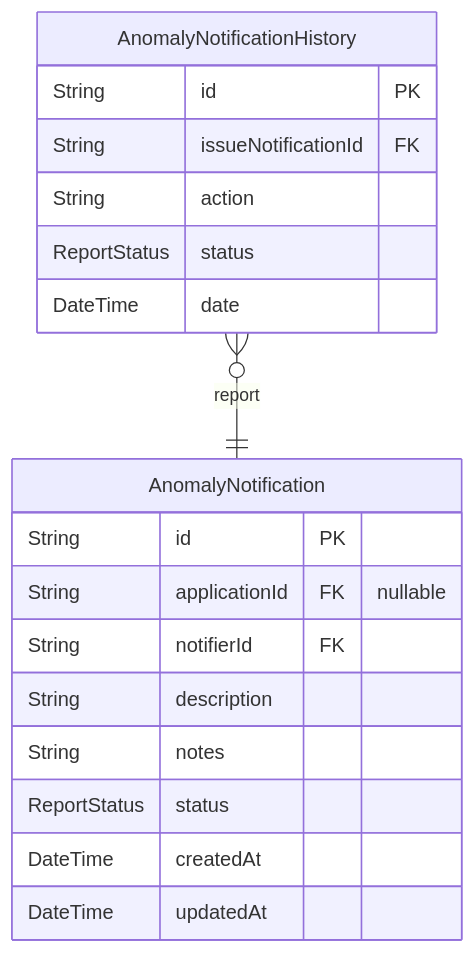
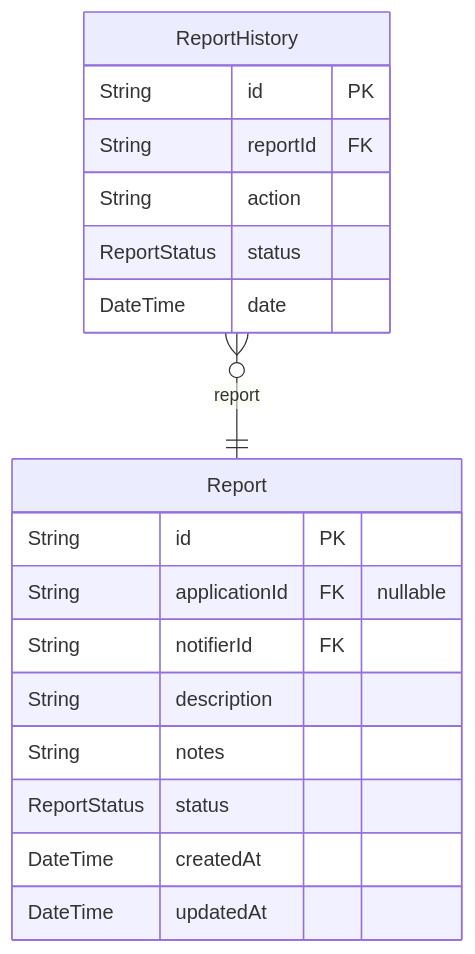
The eighth of 9 diagrams in backend/prisma/docs/schema.md (dnum-mi/referentiel-applications), drawn with Mermaid before and after one commit. The commit also changed other lines of this file and 5 other files, not shown here.

````diff
--- a/backend/prisma/docs/schema.md
+++ b/backend/prisma/docs/schema.md
@@ -652,21 +652,21 @@
 ```mermaid
 erDiagram
-"AnomalyNotification" {
+"Report" {
   String id PK
   String applicationId FK "nullable"
   String notifierId FK
   String description
   String notes
   ReportStatus status
   DateTime createdAt
   DateTime updatedAt
 }
-"AnomalyNotificationHistory" {
+"ReportHistory" {
   String id PK
-  String issueNotificationId FK
+  String reportId FK
   String action
   ReportStatus status
   DateTime date
 }
-"AnomalyNotificationHistory" }o--|| "AnomalyNotification" : report
+"ReportHistory" }o--|| "Report" : report
 ```
````
